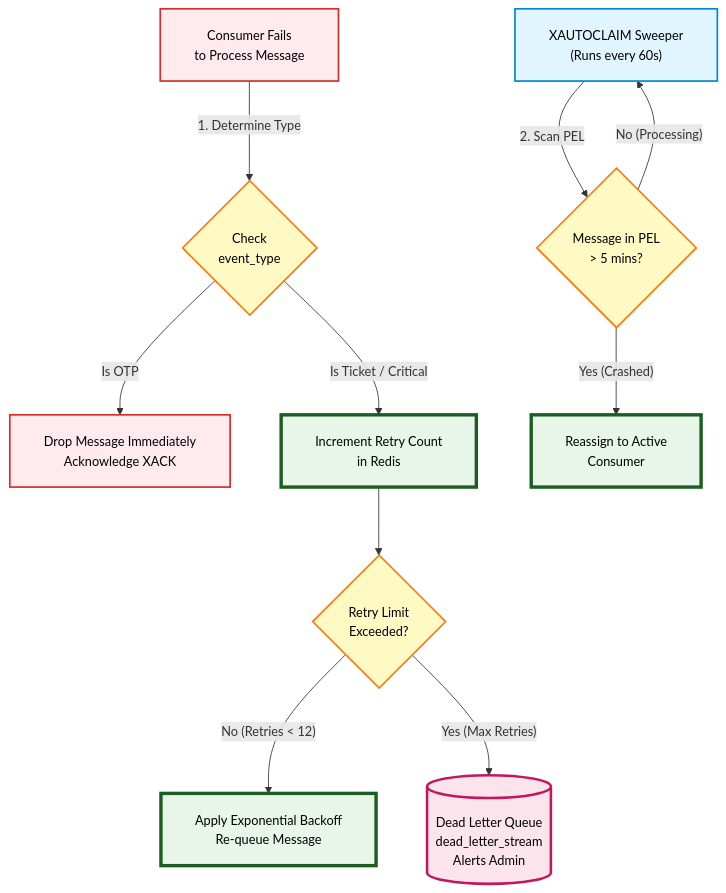
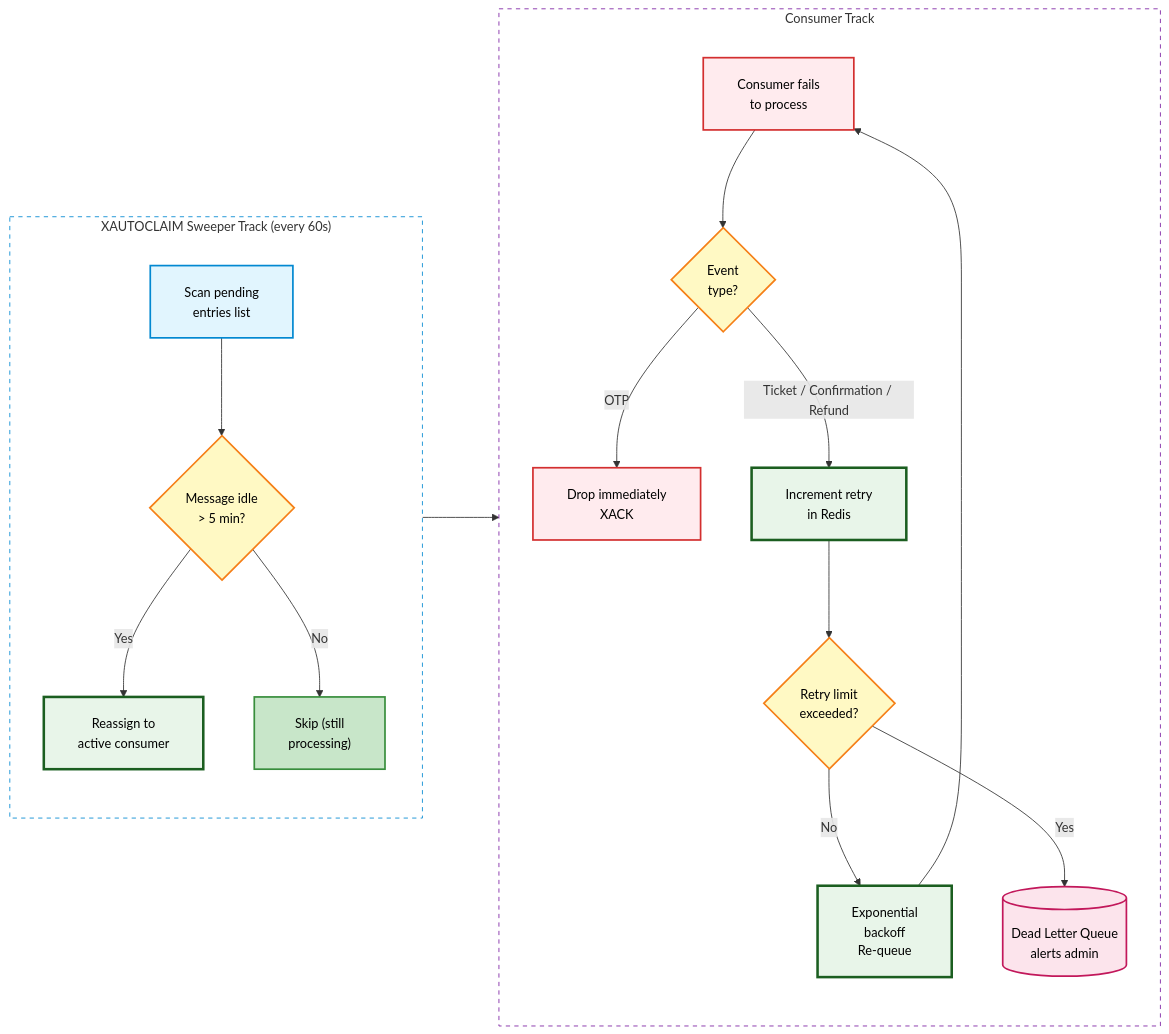
Before and after one commit to koushaljhacs/sris: the eighth of 8 diagrams in docs/phase-1-foundation/wave-2-architecture/SRIS-P1-ARCH-009_ServiceInteractionAndCommunicationDesign.md, drawn with Mermaid. The commit also changed other lines of this file, not shown here.

````diff
--- a/docs/phase-1-foundation/wave-2-architecture/SRIS-P1-ARCH-009_ServiceInteractionAndCommunicationDesign.md
+++ b/docs/phase-1-foundation/wave-2-architecture/SRIS-P1-ARCH-009_ServiceInteractionAndCommunicationDesign.md
@@ -680,57 +833,58 @@
 ```mermaid
 %%{init: {
   "flowchart": {
     "nodeSpacing": 60,
-    "rankSpacing": 80,
+    "rankSpacing": 90,
     "padding": 20,
     "curve": "basis",
     "htmlLabels": true
   },
   "themeVariables": {
     "fontSize": "15px",
     "fontFamily": "Segoe UI, Arial, sans-serif"
   }
 }}%%
-flowchart TD
-    %% Styling
+flowchart LR
     classDef stream fill:#F3E5F5,stroke:#7B1FA2,stroke-width:2px,color:#000;
-    classDef engine fill:#E8F5E9,stroke:#1B5E20,stroke-width:4px,color:#000;
-    classDef db fill:#FCE4EC,stroke:#C2185B,stroke-width:3px,color:#000;
+    classDef engine fill:#E8F5E9,stroke:#1B5E20,stroke-width:3px,color:#000;
+    classDef db fill:#FCE4EC,stroke:#C2185B,stroke-width:2px,color:#000;
     classDef decision fill:#FFF9C4,stroke:#F57F17,stroke-width:2px,color:#000;
     classDef fail fill:#FFEBEE,stroke:#D32F2F,stroke-width:2px,color:#000;
     classDef success fill:#C8E6C9,stroke:#388E3C,stroke-width:2px,color:#000;
     classDef sweeper fill:#E1F5FE,stroke:#0288D1,stroke-width:2px,color:#000;
 
-    %% Nodes
-    Error["Consumer Fails<br/>to Process Message"]:::fail
-    CheckType{"Check<br/>event_type"}:::decision
-    
-    DropOTP["Drop Message Immediately<br/>Acknowledge XACK"]:::fail
-    
-    IncrementRetry["Increment Retry Count<br/>in Redis"]:::engine
-    CheckLimit{"Retry Limit<br/>Exceeded?"}:::decision
-    
-    Backoff["Apply Exponential Backoff<br/>Re-queue Message"]:::engine
-    DLQ[("Dead Letter Queue<br/>dead_letter_stream<br/>Alerts Admin")]:::db
-    
-    %% Background Sweeper
-    Sweeper["XAUTOCLAIM Sweeper<br/>(Runs every 60s)"]:::sweeper
-    CheckIdle{"Message in PEL<br/>> 5 mins?"}:::decision
-    Reassign["Reassign to Active<br/>Consumer"]:::engine
+    subgraph Consumer ["Consumer Track"]
+        direction TB
+        Fail["Consumer fails<br/>to process"]:::fail
+        Type{"Event<br/>type?"}:::decision
+        Drop["Drop immediately<br/>XACK"]:::fail
+        Count["Increment retry<br/>in Redis"]:::engine
+        Limit{"Retry limit<br/>exceeded?"}:::decision
+        Backoff["Exponential<br/>backoff<br/>Re-queue"]:::engine
+        DLQ[("Dead Letter Queue<br/>alerts admin")]:::db
+    end
 
-    %% Flow (Consumer Logic)
-    Error -->|"1. Determine Type"| CheckType
-    
-    CheckType -->|"Is OTP"| DropOTP
-    CheckType -->|"Is Ticket / Critical"| IncrementRetry
-    
-    IncrementRetry --> CheckLimit
-    
-    CheckLimit -->|"No (Retries < 12)"| Backoff
-    CheckLimit -->|"Yes (Max Retries)"| DLQ
-    
-    %% Flow (Sweeper Logic)
-    Sweeper -->|"2. Scan PEL"| CheckIdle
-    CheckIdle -->|"Yes (Crashed)"| Reassign
-    CheckIdle -->|"No (Processing)"| Sweeper
+    subgraph Sweeper ["XAUTOCLAIM Sweeper Track (every 60s)"]
+        direction TB
+        Scan["Scan pending<br/>entries list"]:::sweeper
+        Idle{"Message idle<br/>> 5 min?"}:::decision
+        Reassign["Reassign to<br/>active consumer"]:::engine
+        Wait["Skip (still<br/>processing)"]:::success
+    end
+
+    Fail --> Type
+    Type -->|"OTP"| Drop
+    Type -->|"Ticket / Confirmation / Refund"| Count
+    Count --> Limit
+    Limit -->|"No"| Backoff
+    Backoff --> Fail
+    Limit -->|"Yes"| DLQ
+
+    Scan --> Idle
+    Idle -->|"Yes"| Reassign
+    Idle -->|"No"| Wait
+    Reassign --> Fail
+
+    style Consumer fill:#FFFFFF,stroke:#7B1FA2,stroke-width:1px,stroke-dasharray:5 5
+    style Sweeper fill:#FFFFFF,stroke:#0288D1,stroke-width:1px,stroke-dasharray:5 5
 ```
````
